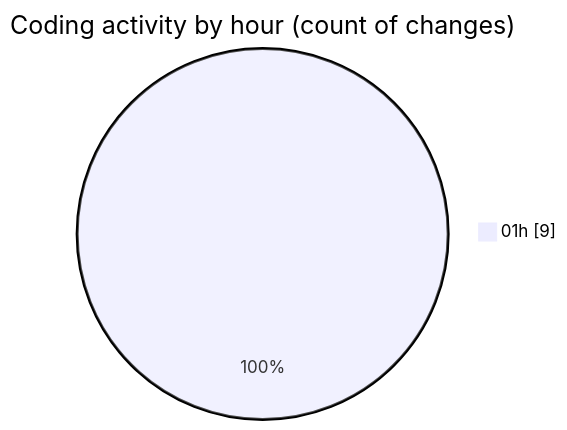
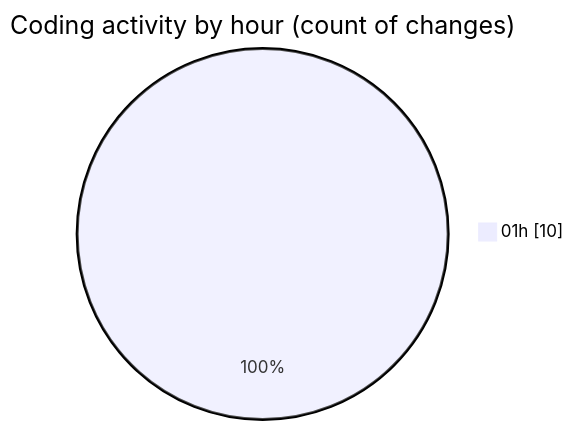
The second of 2 diagrams in 2025-07-29/ani/README.md (EIIisD/code-tracking), drawn with Mermaid before and after one commit. The commit also changed other lines of this file and 1 other file, not shown here.

````diff
--- a/2025-07-29/ani/README.md
+++ b/2025-07-29/ani/README.md
@@ -32,5 +32,5 @@
 ```mermaid
 pie showData
 title Coding activity by hour (count of changes)
-"01h" : 9
+"01h" : 10
 ```
````
